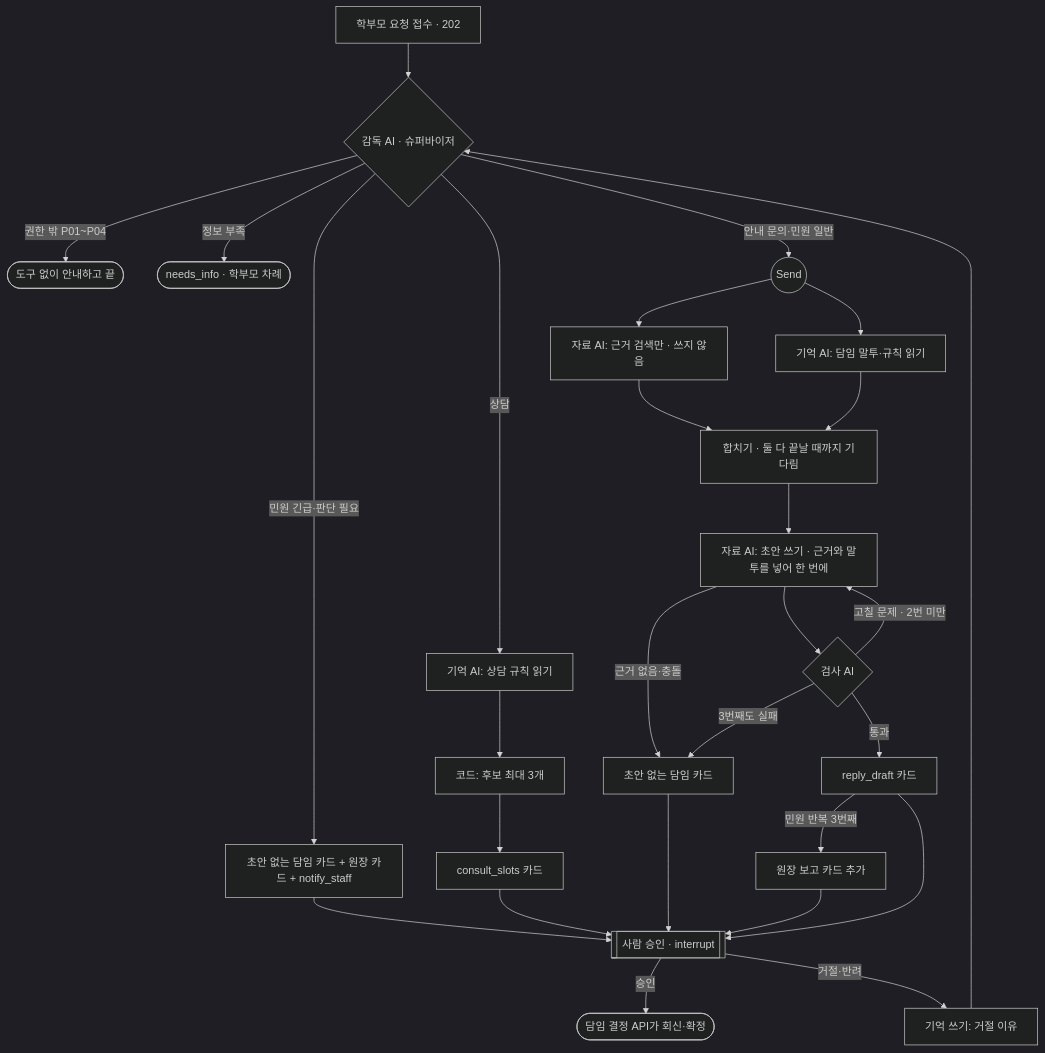
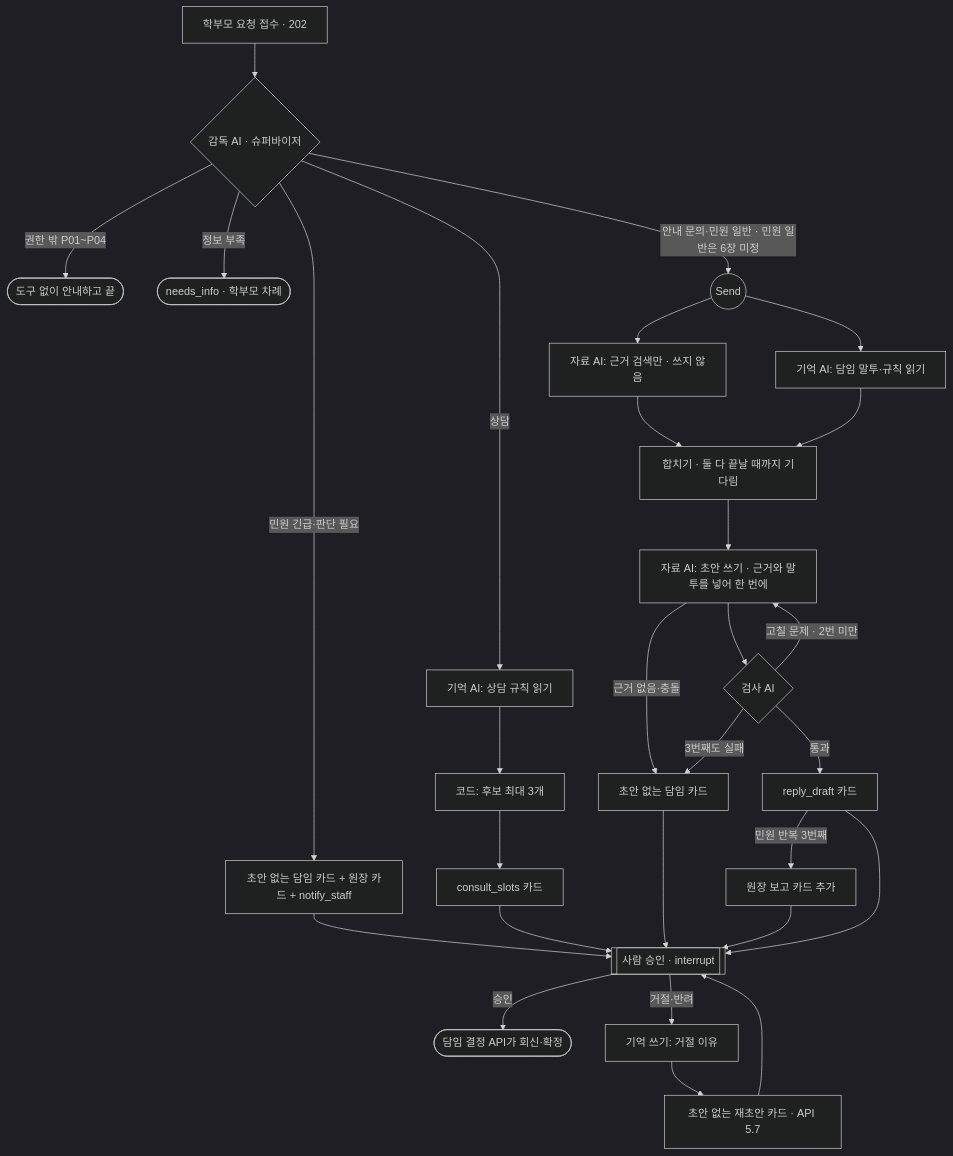
One commit to aio-final-2team/FinalProject_2Team changed the second of 5 diagrams in Docs/Step3/T47_멀티에이전트_협업_아키텍처_설계서.md. Above: the diagram before and after it, drawn with Mermaid (dark theme). The commit also changed other lines of this file, not shown here.

````diff
--- a/Docs/Step3/T47_멀티에이전트_협업_아키텍처_설계서.md
+++ b/Docs/Step3/T47_멀티에이전트_협업_아키텍처_설계서.md
@@ -155,28 +155,28 @@
 ```mermaid
 flowchart TD
     IN[학부모 요청 접수 · 202] --> SUP{감독 AI · 슈퍼바이저}
     SUP -->|권한 밖 P01~P04| OUT([도구 없이 안내하고 끝])
     SUP -->|정보 부족| NI([needs_info · 학부모 차례])
     SUP -->|민원 긴급·판단 필요| HC[초안 없는 담임 카드 + 원장 카드 + notify_staff]
     SUP -->|상담| MC[기억 AI: 상담 규칙 읽기]
     MC --> SL[코드: 후보 최대 3개] --> CC[consult_slots 카드]
-    SUP -->|안내 문의·민원 일반| FAN((Send))
+    SUP -->|안내 문의·민원 일반 · 민원 일반은 6장 미정| FAN((Send))
     FAN --> DS[자료 AI: 근거 검색만 · 쓰지 않음]
     FAN --> MT[기억 AI: 담임 말투·규칙 읽기]
     DS --> JN[합치기 · 둘 다 끝날 때까지 기다림]
     MT --> JN
     JN --> W[자료 AI: 초안 쓰기 · 근거와 말투를 넣어 한 번에]
     W -->|근거 없음·충돌| HC2[초안 없는 담임 카드]
     W --> CK{검사 AI}
     CK -->|고칠 문제 · 2번 미만| W
     CK -->|3번째도 실패| HC2
     CK -->|통과| RC[reply_draft 카드]
     RC -->|민원 반복 3번째| DR[원장 보고 카드 추가]
     RC --> AP[[사람 승인 · interrupt]]
     DR --> AP
     HC --> AP
     HC2 --> AP
     CC --> AP
     AP -->|승인| SENT([담임 결정 API가 회신·확정])
-    AP -->|거절·반려| MW[기억 쓰기: 거절 이유] --> SUP
+    AP -->|거절·반려| MW[기억 쓰기: 거절 이유] --> RD[초안 없는 재초안 카드 · API 5.7] --> AP
 ```
````
